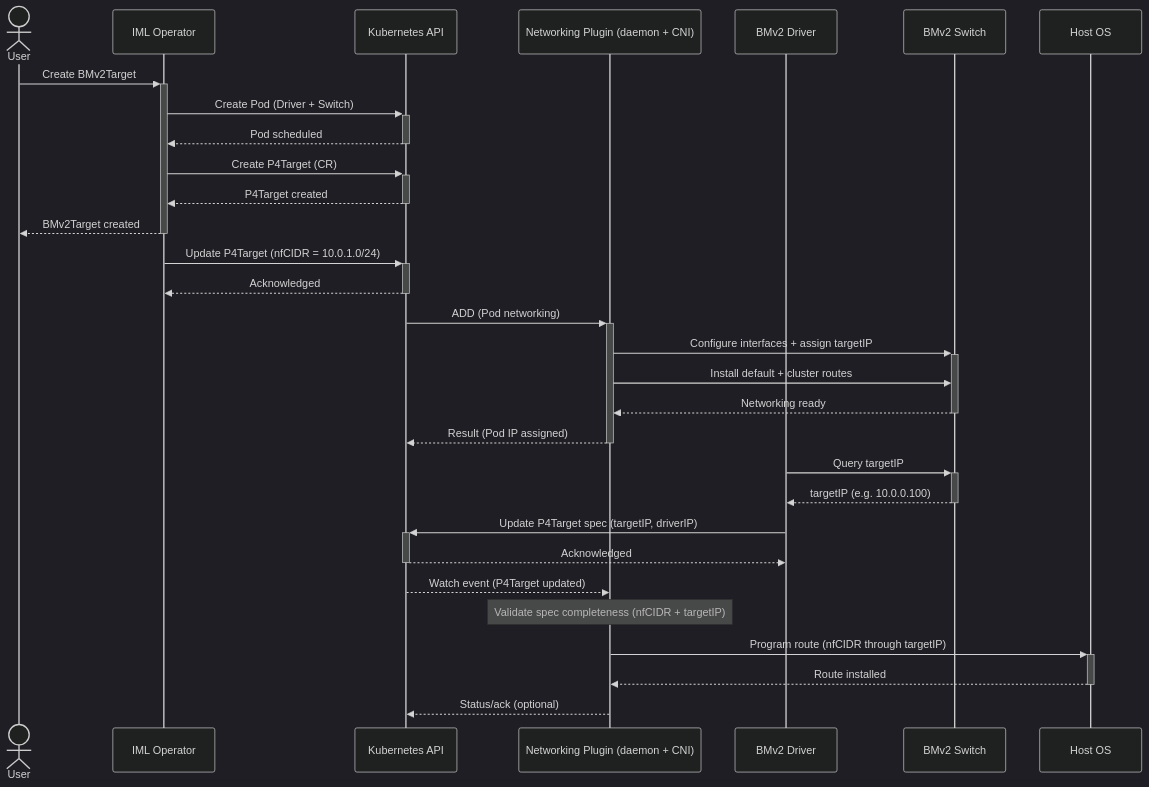
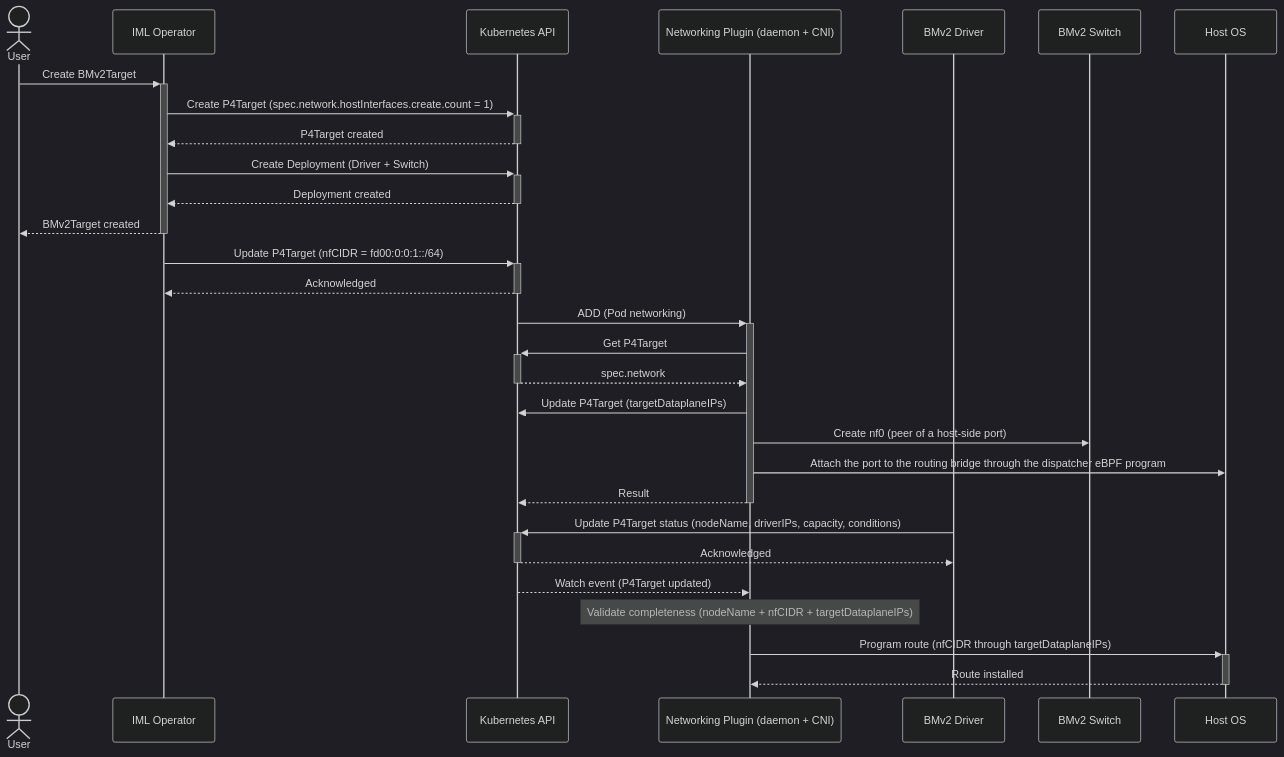
The diagram in docs/architecture/p4target-addon-system.md (mantra6g/iml), drawn with Mermaid (dark theme) before and after one commit. The commit also changed other lines of this file and 1 other file, not shown here.

First line of the commit message:
docs: describe the P4Target network fields and the BMv2 boot sequence

````diff
--- a/docs/architecture/p4target-addon-system.md
+++ b/docs/architecture/p4target-addon-system.md
@@ -138,47 +144,42 @@
 ```mermaid
 sequenceDiagram
   actor User
   participant Operator as IML Operator
   participant API as Kubernetes API
   participant CNI as Networking Plugin (daemon + CNI)
   participant Driver as BMv2 Driver
   participant Switch as BMv2 Switch
   participant Host as Host OS
 
   %% --- Phase 1: BMv2Target creation ---
   User->>+Operator: Create BMv2Target
-  Operator->>+API: Create Pod (Driver + Switch)
-  API-->>-Operator: Pod scheduled
-
-  Operator->>+API: Create P4Target (CR)
+  Operator->>+API: Create P4Target (spec.network.hostInterfaces.create.count = 1)
   API-->>-Operator: P4Target created
-
+  Operator->>+API: Create Deployment (Driver + Switch)
+  API-->>-Operator: Deployment created
   Operator-->>-User: BMv2Target created
 
   %% --- Phase 2: nfCIDR assignment ---
-  Operator->>+API: Update P4Target (nfCIDR = 10.0.1.0/24)
+  Operator->>+API: Update P4Target (nfCIDR = fd00:0:0:1::/64)
   API-->>-Operator: Acknowledged
 
   %% --- Phase 3: Pod networking setup (CNI mode) ---
   API->>+CNI: ADD (Pod networking)
-  CNI->>+Switch: Configure interfaces + assign targetIP
-  CNI->>Switch: Install default + cluster routes
-  Switch-->>-CNI: Networking ready
-  CNI-->>-API: Result (Pod IP assigned)
+  CNI->>+API: Get P4Target
+  API-->>-CNI: spec.network
+  CNI->>API: Update P4Target (targetDataplaneIPs)
+  CNI->>Switch: Create nf0 (peer of a host-side port)
+  CNI->>Host: Attach the port to the routing bridge through the dispatcher eBPF program
+  CNI-->>-API: Result
 
   %% --- Phase 4: Runtime discovery ---
-  Driver->>+Switch: Query targetIP
-  Switch-->>-Driver: targetIP (e.g. 10.0.0.100)
-
-  Driver->>+API: Update P4Target spec (targetIP, driverIP)
+  Driver->>+API: Update P4Target status (nodeName, driverIPs, capacity, conditions)
   API-->>-Driver: Acknowledged
 
   %% --- Phase 5: Route reconciliation (Controller mode) ---
   API-->>CNI: Watch event (P4Target updated)
-  Note over CNI: Validate spec completeness (nfCIDR + targetIP)
+  Note over CNI: Validate completeness (nodeName + nfCIDR + targetDataplaneIPs)
 
-  CNI->>+Host: Program route (nfCIDR through targetIP)
+  CNI->>+Host: Program route (nfCIDR through targetDataplaneIPs)
   Host-->>-CNI: Route installed
-
-  CNI-->>API: Status/ack (optional)
 ```
````
